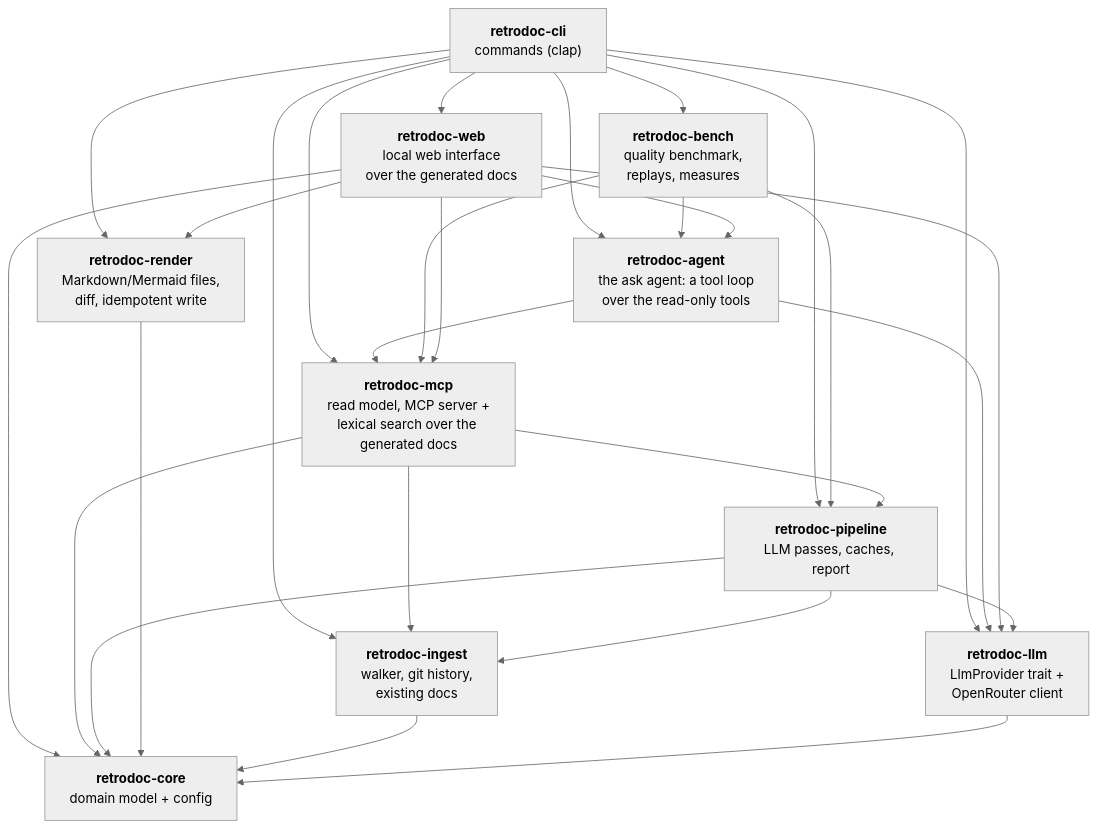
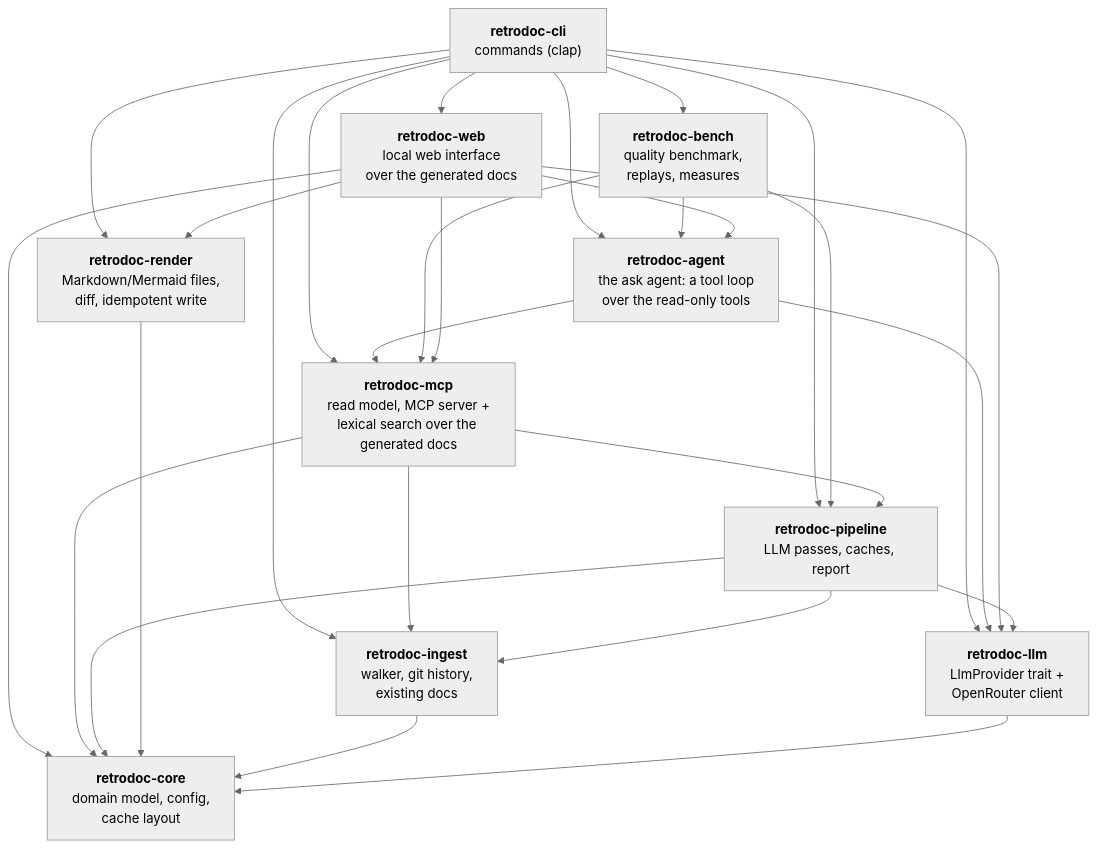
The second of 9 diagrams in docs/ARCHITECTURE.md (Electron-libre/RetroDoc), drawn with Mermaid (neutral theme) before and after one commit. The commit also changed other lines of this file and 50 other files, not shown here.

First line of the commit message:
refactor: move the layout of the cache into retrodoc-core

````diff
--- a/docs/ARCHITECTURE.md
+++ b/docs/ARCHITECTURE.md
@@ -27,41 +27,41 @@
 ```mermaid
 flowchart TD
     cli["<b>retrodoc-cli</b><br/>commands (clap)"]
     pipe["<b>retrodoc-pipeline</b><br/>LLM passes, caches, report"]
     render["<b>retrodoc-render</b><br/>Markdown/Mermaid files,<br/>diff, idempotent write"]
     agent["<b>retrodoc-agent</b><br/>the ask agent: a tool loop<br/>over the read-only tools"]
     mcp["<b>retrodoc-mcp</b><br/>read model, MCP server +<br/>lexical search over the generated docs"]
     bench["<b>retrodoc-bench</b><br/>quality benchmark,<br/>replays, measures"]
     web["<b>retrodoc-web</b><br/>local web interface<br/>over the generated docs"]
     ingest["<b>retrodoc-ingest</b><br/>walker, git history,<br/>existing docs"]
     llm["<b>retrodoc-llm</b><br/>LlmProvider trait +<br/>OpenRouter client"]
-    core["<b>retrodoc-core</b><br/>domain model + config"]
+    core["<b>retrodoc-core</b><br/>domain model, config,<br/>cache layout"]
 
     cli --> pipe
     cli --> render
     cli --> ingest
     cli --> llm
     cli --> mcp
     cli --> web
     cli --> bench
     cli --> agent
     agent --> mcp
     agent --> llm
     bench --> pipe
     bench --> agent
     bench --> mcp
     web --> agent
     web --> llm
     web --> mcp
     web --> render
     web --> core
     mcp --> pipe
     mcp --> ingest
     mcp --> core
     pipe --> ingest
     pipe --> llm
     pipe --> core
     render --> core
     ingest --> core
     llm --> core
 ```
````
